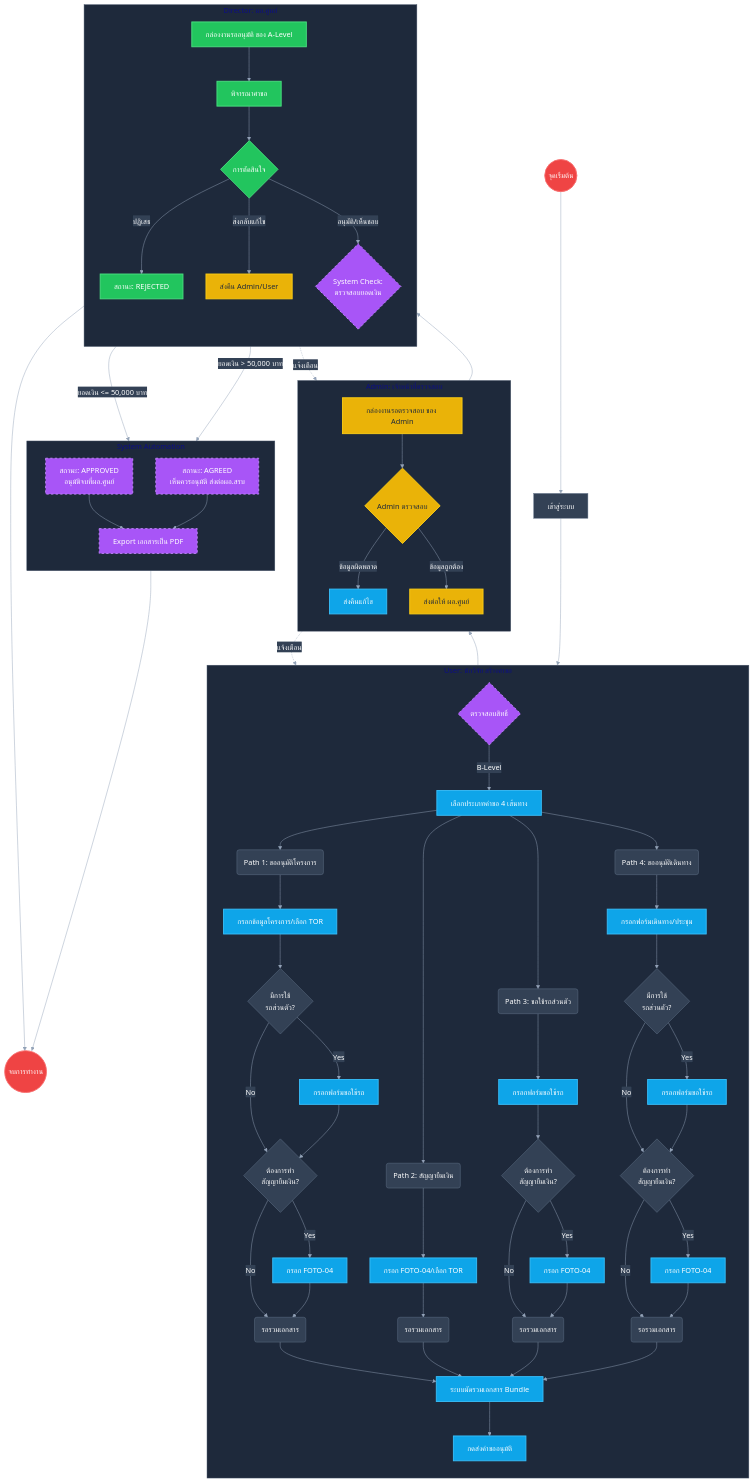
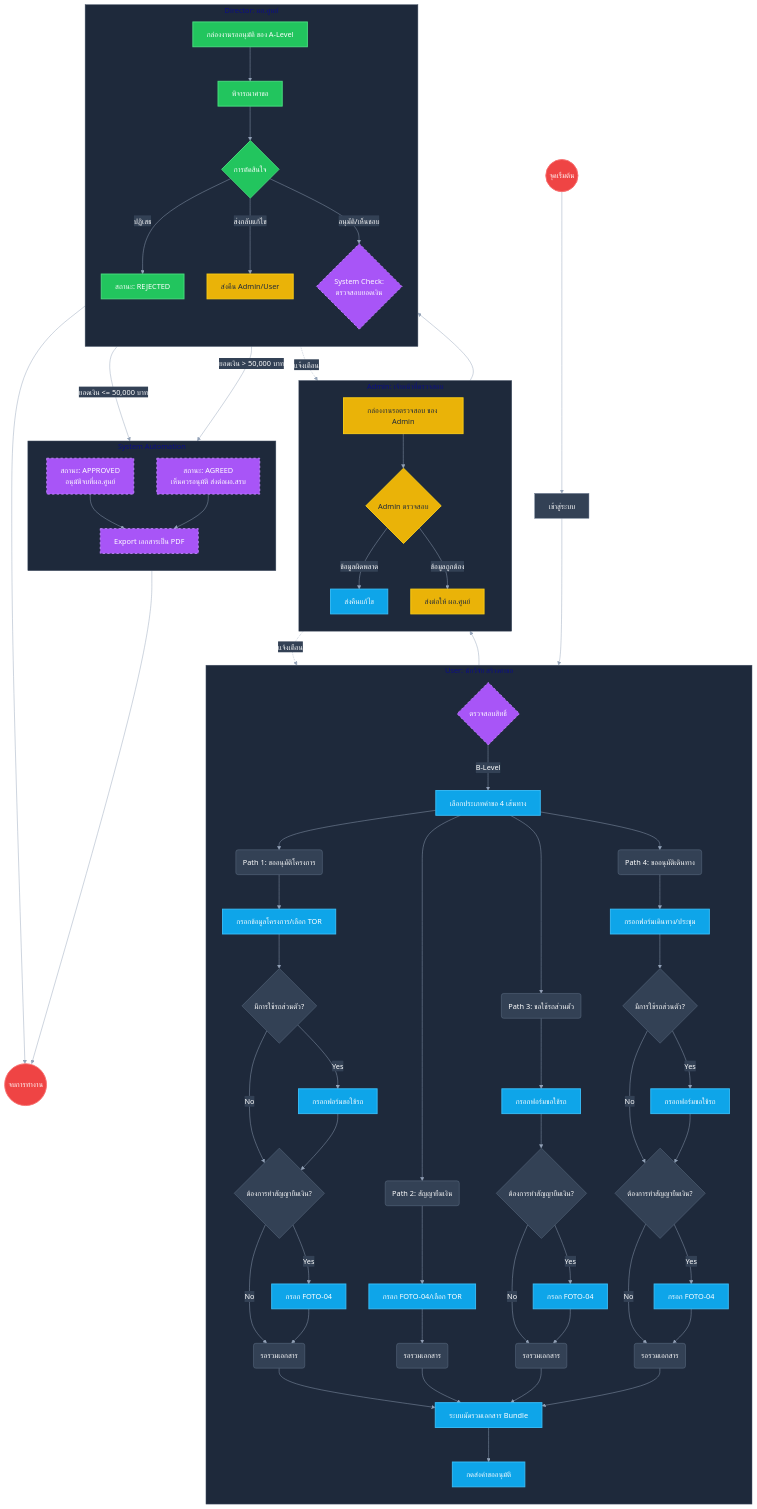
The fourth of 4 diagrams in docs/ER-Diagram.md (Burist106/RSCApproval), drawn with Mermaid before and after one commit.

Commit message:
fix: Correct text formatting in ER Diagram flowchart for better readability

```diff
--- a/docs/ER-Diagram.md
+++ b/docs/ER-Diagram.md
@@ -566,10 +566,10 @@
         %% --- Path 1: โครงการ ---
         SelectPath --> P1_Start(Path 1: ขออนุมัติโครงการ)
         P1_Start --> P1_Form[กรอกข้อมูลโครงการ/เลือก TOR]
-        P1_Form --> P1_Car{มีการใช้\nรถส่วนตัว?}
+        P1_Form --> P1_Car{มีการใช้รถส่วนตัว?}
         P1_Car -- Yes --> P1_CarForm[กรอกฟอร์มขอใช้รถ]
         P1_Car -- No --> P1_Loan
-        P1_CarForm --> P1_Loan{ต้องการทำ\nสัญญายืมเงิน?}
+        P1_CarForm --> P1_Loan{ต้องการทำสัญญายืมเงิน?}
         P1_Loan -- Yes --> P1_FOTO[กรอก FOTO-04]
         P1_Loan -- No --> P1_Bundle
         P1_FOTO --> P1_Bundle(รอรวมเอกสาร)
@@ -582,7 +582,7 @@
         %% --- Path 3: รถส่วนตัว ---
         SelectPath --> P3_Start(Path 3: ขอใช้รถส่วนตัว)
         P3_Start --> P3_Form[กรอกฟอร์มขอใช้รถ]
-        P3_Form --> P3_Loan{ต้องการทำ\nสัญญายืมเงิน?}
+        P3_Form --> P3_Loan{ต้องการทำสัญญายืมเงิน?}
         P3_Loan -- Yes --> P3_FOTO[กรอก FOTO-04]
         P3_Loan -- No --> P3_Bundle
         P3_FOTO --> P3_Bundle(รอรวมเอกสาร)
@@ -590,10 +590,10 @@
         %% --- Path 4: เดินทาง/ประชุม ---
         SelectPath --> P4_Start(Path 4: ขออนุมัติเดินทาง)
         P4_Start --> P4_Form[กรอกฟอร์มเดินทาง/ประชุม]
-        P4_Form --> P4_Car{มีการใช้\nรถส่วนตัว?}
+        P4_Form --> P4_Car{มีการใช้รถส่วนตัว?}
         P4_Car -- Yes --> P4_CarForm[กรอกฟอร์มขอใช้รถ]
         P4_Car -- No --> P4_Loan
-        P4_CarForm --> P4_Loan{ต้องการทำ\nสัญญายืมเงิน?}
+        P4_CarForm --> P4_Loan{ต้องการทำสัญญายืมเงิน?}
         P4_Loan -- Yes --> P4_FOTO[กรอก FOTO-04]
         P4_Loan -- No --> P4_Bundle
         P4_FOTO --> P4_Bundle(รอรวมเอกสาร)
```
